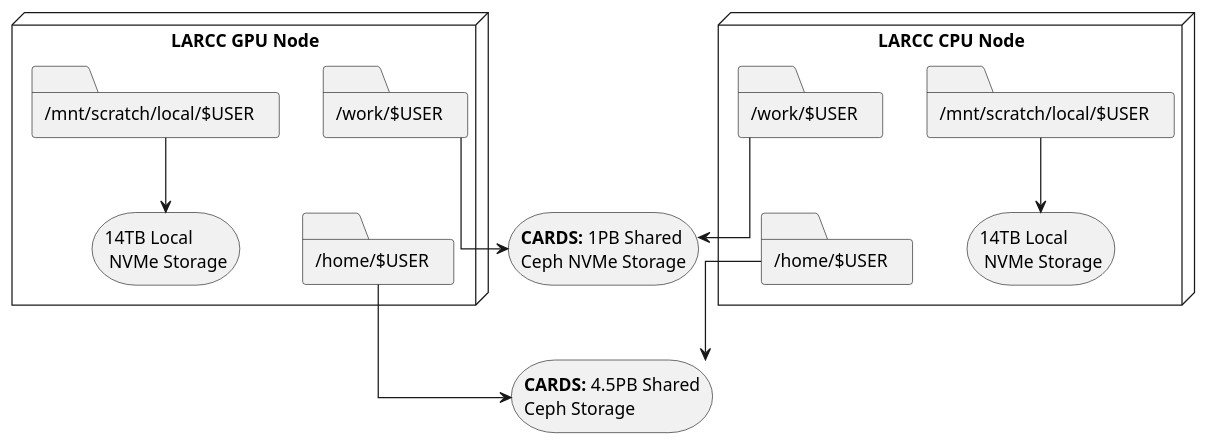
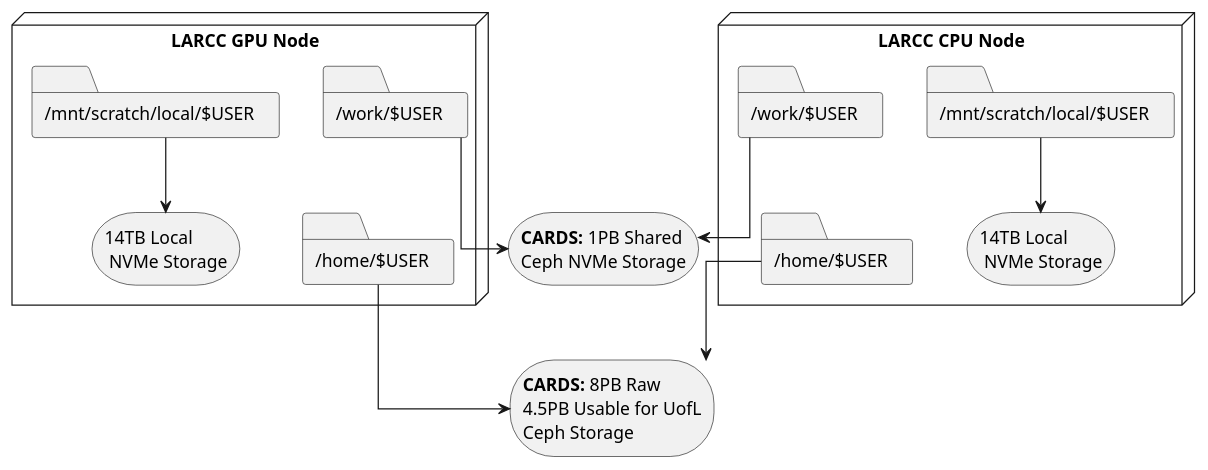
One commit to ularc/larcc changed the diagram in guides/storage/images/logical_storage_architecture.puml. Above: the diagram before and after it, drawn with PlantUML. The commit also changed 2 other files, not shown here.

```diff
--- a/guides/storage/images/logical_storage_architecture.puml
+++ b/guides/storage/images/logical_storage_architecture.puml
@@ -1,35 +1,35 @@
 @startuml
 skinparam linetype polyline
 skinparam linetype ortho
 
-storage "<b>CARDS:</b> 4.5PB Shared\nCeph Storage" as cards
+storage "<b>CARDS:</b> 8PB Raw\n4.5PB Usable for UofL\nCeph Storage" as cards
 storage "<b>CARDS:</b> 1PB Shared\nCeph NVMe Storage" as cards_nvme
 node "LARCC CPU Node" as cpu_node {
   folder "/work/$USER" as cpu_work {
   }
   folder "/home/$USER" as cpu_home {
   }
   folder "/mnt/scratch/local/$USER" as cpu_scratch_folder {
   }
   storage "14TB Local\n NVMe Storage" as cpu_scratch
 }
 
 node "LARCC GPU Node" as gpu_node {
   folder "/work/$USER" as gpu_work {
   }
   folder "/home/$USER" as gpu_home {
   }
   folder "/mnt/scratch/local/$USER" as gpu_scratch_folder {
   }
   storage "14TB Local\n NVMe Storage" as gpu_scratch
 }
 cpu_work -down-> cards_nvme
 cpu_home -down-> cards
 gpu_home -down-> cards
 gpu_work -down-> cards_nvme
 gpu_scratch_folder -down-> gpu_scratch
 cpu_scratch_folder -down-> cpu_scratch
 cpu_home -[hidden]right-> cpu_scratch
 gpu_home -[hidden]left-> gpu_scratch
 
 @enduml
```
